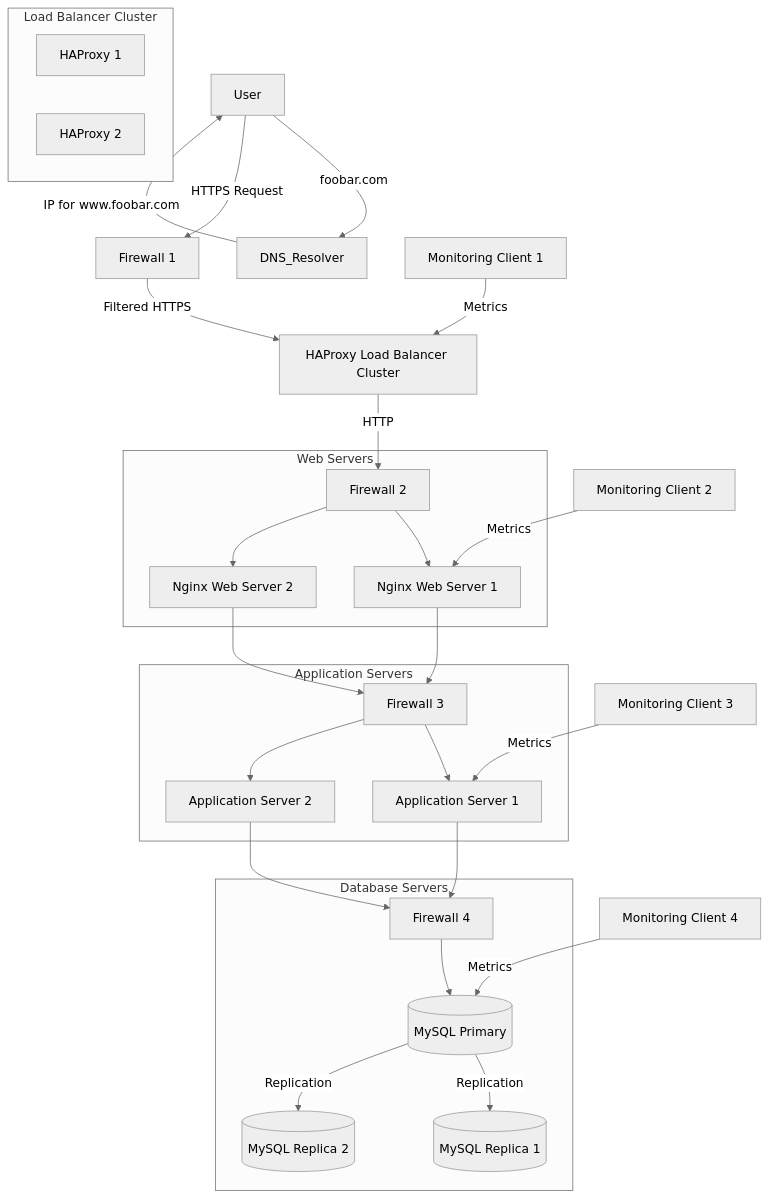
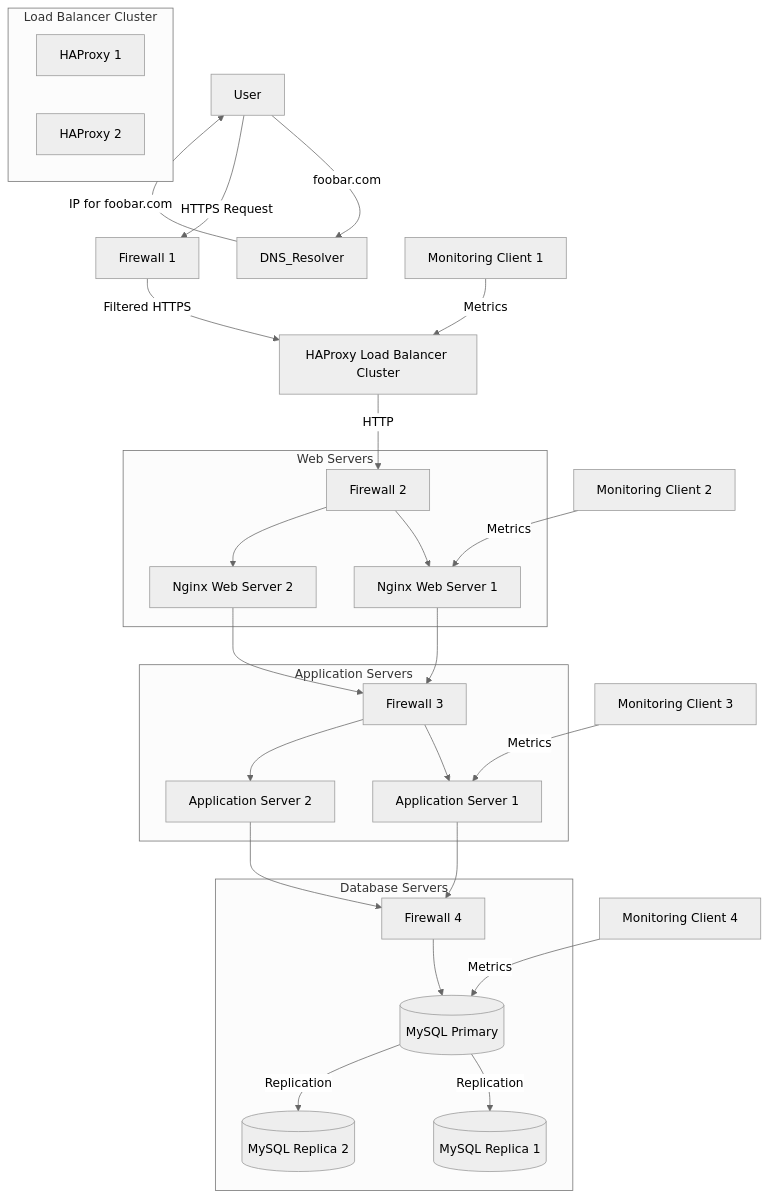
One commit to judiihh/holbertonschool-system_engineering-devops changed the diagram in web_infrastructure_design/3-scale_up.md. Above: the diagram before and after it, drawn with Mermaid (neutral theme).

Commit message:
fix: link in mermaid

````diff
--- a/web_infrastructure_design/3-scale_up.md
+++ b/web_infrastructure_design/3-scale_up.md
@@ -7,53 +7,53 @@
 ```mermaid
 graph TD
     User -->|foobar.com| DNS_Resolver
-    DNS_Resolver -->|IP for www.foobar.com| User
+    DNS_Resolver -->|IP for foobar.com| User
     User -->|HTTPS Request| Firewall1[Firewall 1]
     Firewall1 -->|Filtered HTTPS| LB_Cluster[HAProxy Load Balancer Cluster]
     
     subgraph Load Balancer Cluster
         LB1[HAProxy 1]
         LB2[HAProxy 2]
     end
     
     subgraph Web Servers
         Firewall2[Firewall 2]
         Web_Server1[Nginx Web Server 1]
         Web_Server2[Nginx Web Server 2]
     end
     
     subgraph Application Servers
         Firewall3[Firewall 3]
         App_Server1[Application Server 1]
         App_Server2[Application Server 2]
     end
     
     subgraph Database Servers
         Firewall4[Firewall 4]
         DB_Primary[(MySQL Primary)]
         DB_Replica1[(MySQL Replica 1)]
         DB_Replica2[(MySQL Replica 2)]
     end
     
     LB_Cluster -->|HTTP| Firewall2
     Firewall2 --> Web_Server1
     Firewall2 --> Web_Server2
     
     Web_Server1 --> Firewall3
     Web_Server2 --> Firewall3
     Firewall3 --> App_Server1
     Firewall3 --> App_Server2
     
     App_Server1 --> Firewall4
     App_Server2 --> Firewall4
     Firewall4 --> DB_Primary
     
     DB_Primary -->|Replication| DB_Replica1
     DB_Primary -->|Replication| DB_Replica2
 
     %% Monitoring Components
     Monitor1[Monitoring Client 1] -->|Metrics| LB_Cluster
     Monitor2[Monitoring Client 2] -->|Metrics| Web_Server1
     Monitor3[Monitoring Client 3] -->|Metrics| App_Server1
     Monitor4[Monitoring Client 4] -->|Metrics| DB_Primary
 ```
````
